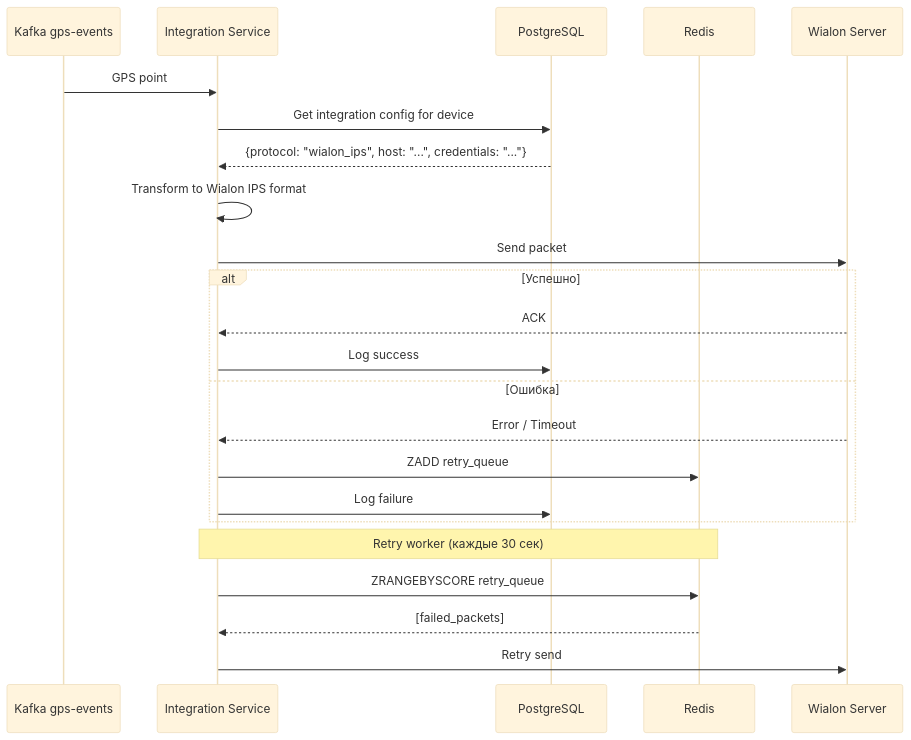
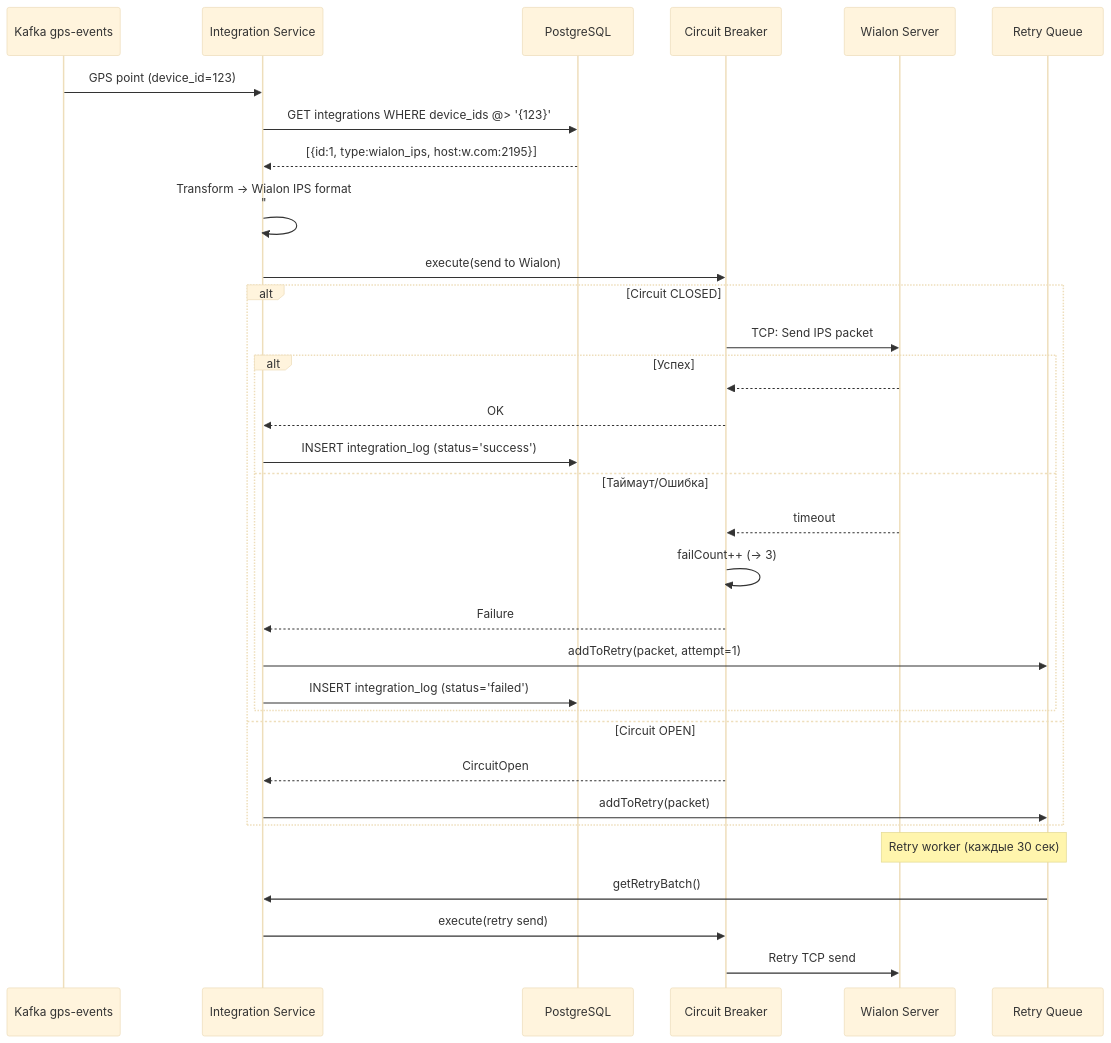
Diagram 17 of 28 in docs/blocks/ARCHITECTURE_BLOCK2.md (revarewerd/wayrecall-tracker-system), drawn with Mermaid (base theme) before and after one commit. The commit also changed other lines of this file and 544 other files, not shown here.

````diff
--- a/docs/blocks/ARCHITECTURE_BLOCK2.md
+++ b/docs/blocks/ARCHITECTURE_BLOCK2.md
@@ -850,29 +902,41 @@
 ```mermaid
 sequenceDiagram
     participant K as Kafka gps-events
     participant IS as Integration Service
     participant DB as PostgreSQL
-    participant R as Redis
+    participant CB as Circuit Breaker
     participant W as Wialon Server
+    participant RQ as Retry Queue
 
-    K->>IS: GPS point
-    IS->>DB: Get integration config for device
-    DB-->>IS: {protocol: "wialon_ips", host: "...", credentials: "..."}
+    K->>IS: GPS point (device_id=123)
+    IS->>DB: GET integrations WHERE device_ids @> '{123}'
+    DB-->>IS: [{id:1, type:wialon_ips, host:w.com:2195}]
+
+    IS->>IS: Transform → Wialon IPS format<br/>"#D#260326;120000;5545.3480;N;03737.0380;E;45;180;150;12"
     
-    IS->>IS: Transform to Wialon IPS format
-    IS->>W: Send packet
+    IS->>CB: execute(send to Wialon)
     
-    alt Успешно
-        W-->>IS: ACK
-        IS->>DB: Log success
-    else Ошибка
-        W-->>IS: Error / Timeout
-        IS->>R: ZADD retry_queue
-        IS->>DB: Log failure
+    alt Circuit CLOSED
+        CB->>W: TCP: Send IPS packet
+        
+        alt Успех
+            W-->>CB: #AD#1
+            CB-->>IS: OK
+            IS->>DB: INSERT integration_log (status='success')
+        else Таймаут/Ошибка
+            W-->>CB: timeout
+            CB->>CB: failCount++ (→ 3)
+            CB-->>IS: Failure
+            IS->>RQ: addToRetry(packet, attempt=1)
+            IS->>DB: INSERT integration_log (status='failed')
+        end
+    else Circuit OPEN
+        CB-->>IS: CircuitOpen
+        IS->>RQ: addToRetry(packet)
     end
-    
-    Note over IS,R: Retry worker (каждые 30 сек)
-    IS->>R: ZRANGEBYSCORE retry_queue
-    R-->>IS: [failed_packets]
-    IS->>W: Retry send
+
+    Note over RQ,W: Retry worker (каждые 30 сек)
+    RQ->>IS: getRetryBatch()
+    IS->>CB: execute(retry send)
+    CB->>W: Retry TCP send
 ```
````
